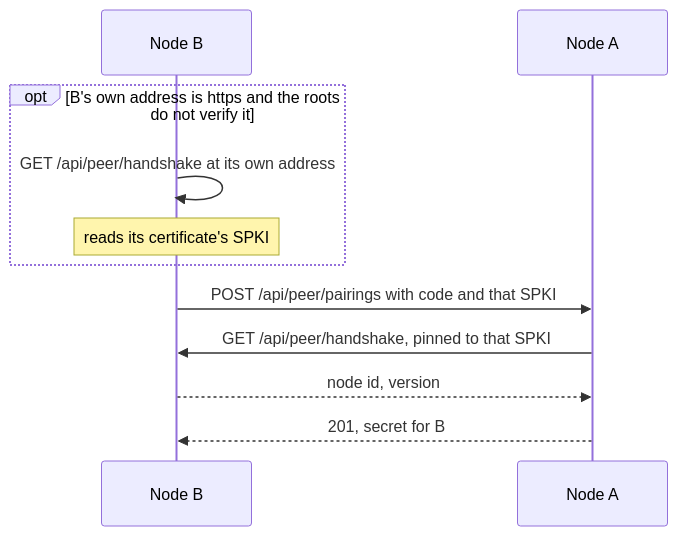
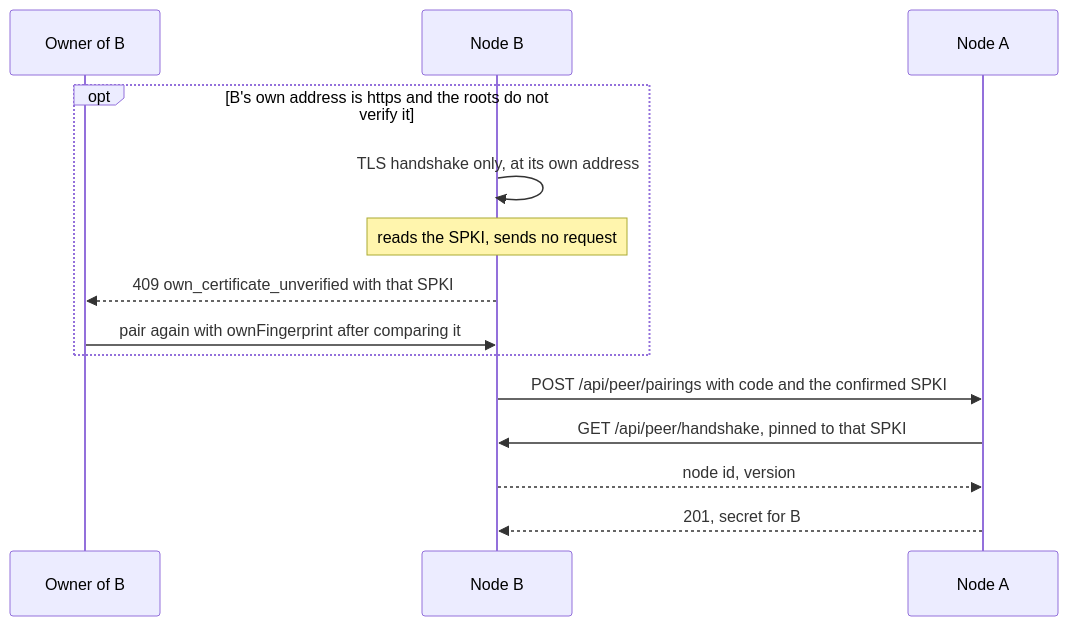
One commit to syudead/vv changed the second of 4 diagrams in docs/design-docs/peer-library.md. Above: the diagram before and after it, drawn with Mermaid. The commit also changed other lines of this file and 18 other files, not shown here.

First line of the commit message:
Confirm the requester's own certificate on its owner's page

````diff
--- a/docs/design-docs/peer-library.md
+++ b/docs/design-docs/peer-library.md
@@ -29,13 +29,16 @@
 ```mermaid
 sequenceDiagram
+  participant O as Owner of B
   participant B as Node B
   participant A as Node A
   opt B's own address is https and the roots do not verify it
-    B->>B: GET /api/peer/handshake at its own address
-    Note over B: reads its certificate's SPKI
+    B->>B: TLS handshake only, at its own address
+    Note over B: reads the SPKI, sends no request
+    B-->>O: 409 own_certificate_unverified with that SPKI
+    O->>B: pair again with ownFingerprint after comparing it
   end
-  B->>A: POST /api/peer/pairings with code and that SPKI
+  B->>A: POST /api/peer/pairings with code and the confirmed SPKI
   A->>B: GET /api/peer/handshake, pinned to that SPKI
   B-->>A: node id, version
   A-->>B: 201, secret for B
 ```
````
